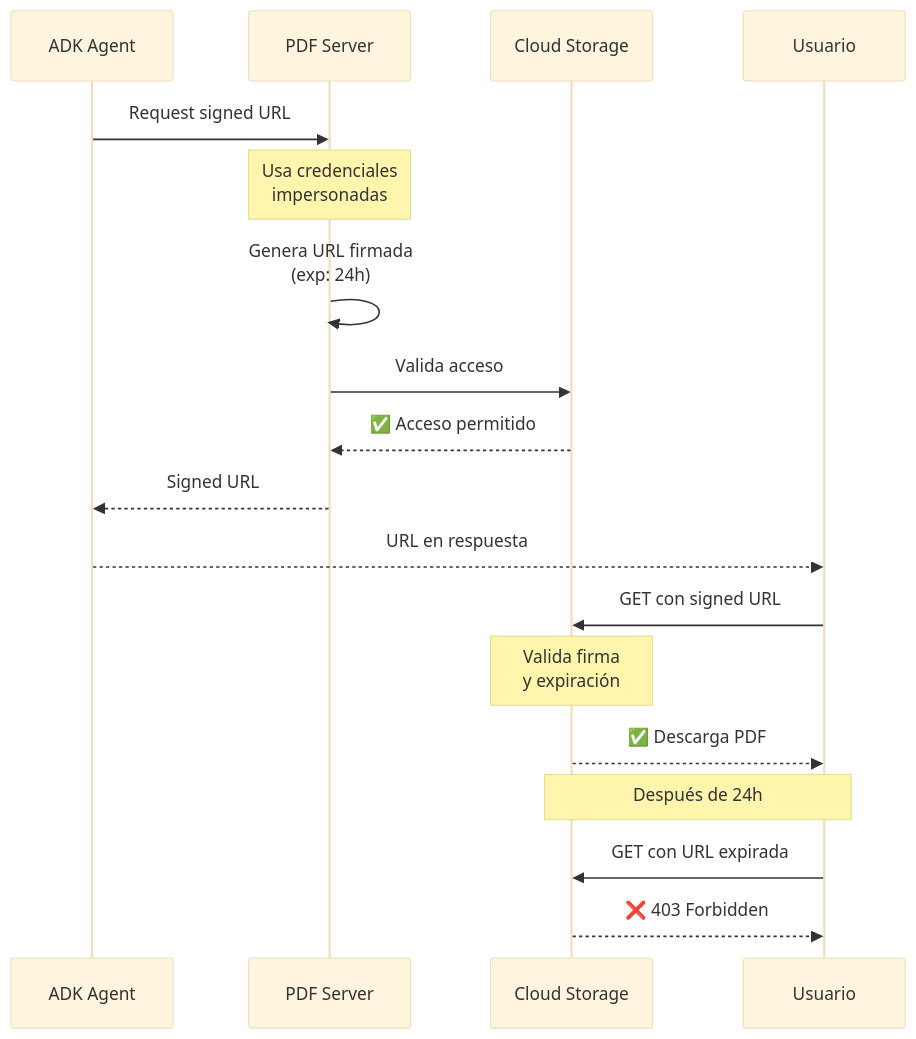
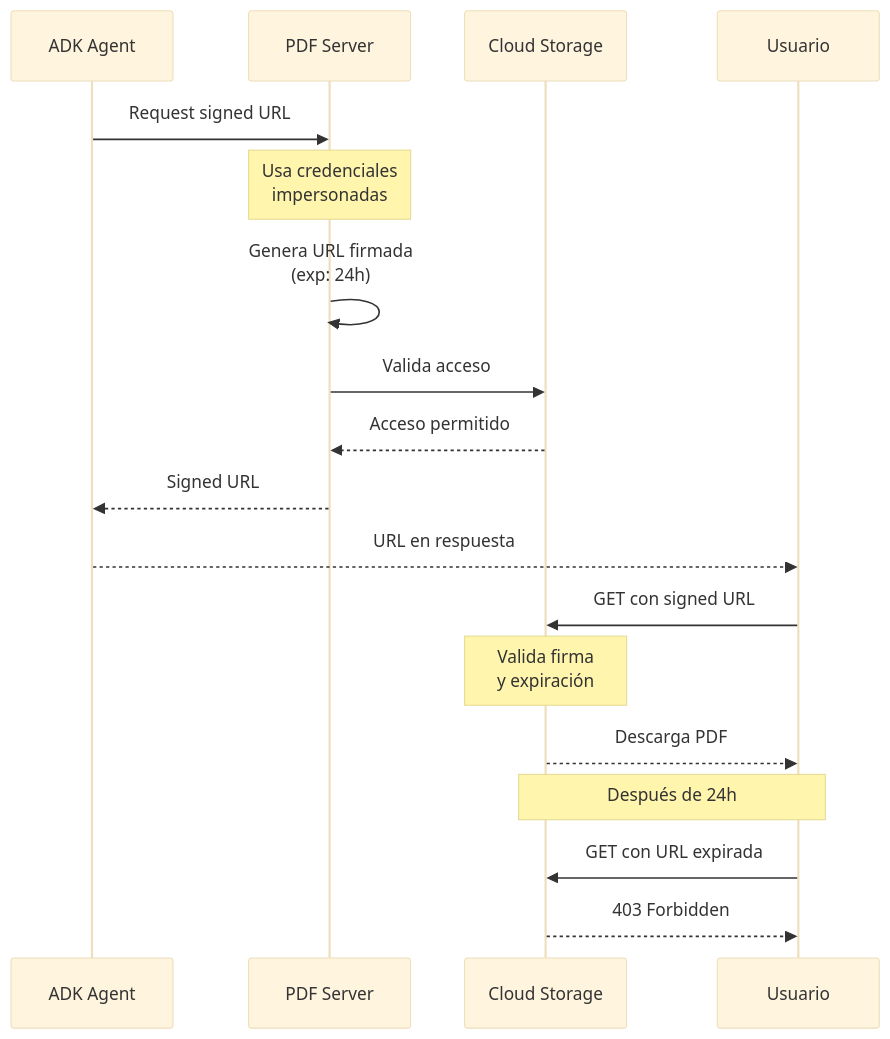
One commit to miguelp7200/agente changed the eighth of 16 diagrams in docs/official/architecture/20_SYSTEM_ARCHITECTURE.md. Above: the diagram before and after it, drawn with Mermaid (base theme). The commit also changed other lines of this file and 12 other files, not shown here.

````diff
--- a/docs/official/architecture/20_SYSTEM_ARCHITECTURE.md
+++ b/docs/official/architecture/20_SYSTEM_ARCHITECTURE.md
@@ -411,23 +411,23 @@
 ```mermaid
 sequenceDiagram
     participant ADK as ADK Agent
     participant PDF as PDF Server
     participant GCS as Cloud Storage
     participant User as Usuario
     
     ADK->>PDF: Request signed URL
     Note over PDF: Usa credenciales<br/>impersonadas
     PDF->>PDF: Genera URL firmada<br/>(exp: 24h)
     PDF->>GCS: Valida acceso
-    GCS-->>PDF: ✅ Acceso permitido
+    GCS-->>PDF: Acceso permitido
     PDF-->>ADK: Signed URL
     ADK-->>User: URL en respuesta
     
     User->>GCS: GET con signed URL
     Note over GCS: Valida firma<br/>y expiración
-    GCS-->>User: ✅ Descarga PDF
+    GCS-->>User: Descarga PDF
     
     Note over User,GCS: Después de 24h
     User->>GCS: GET con URL expirada
-    GCS-->>User: ❌ 403 Forbidden
+    GCS-->>User: 403 Forbidden
 ```
````
